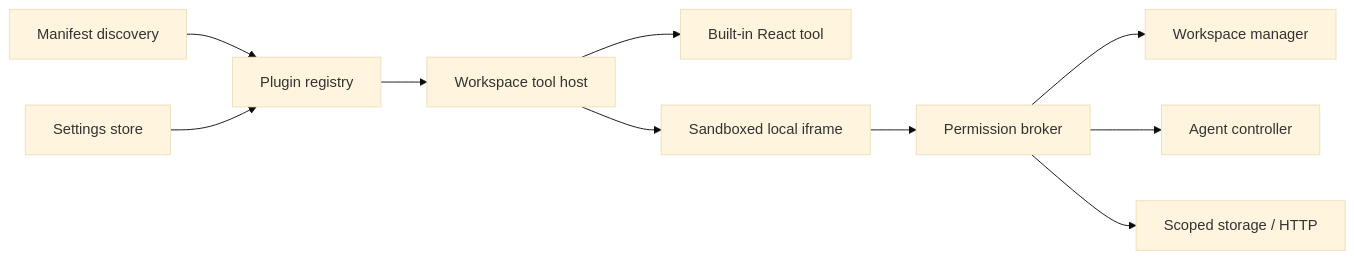
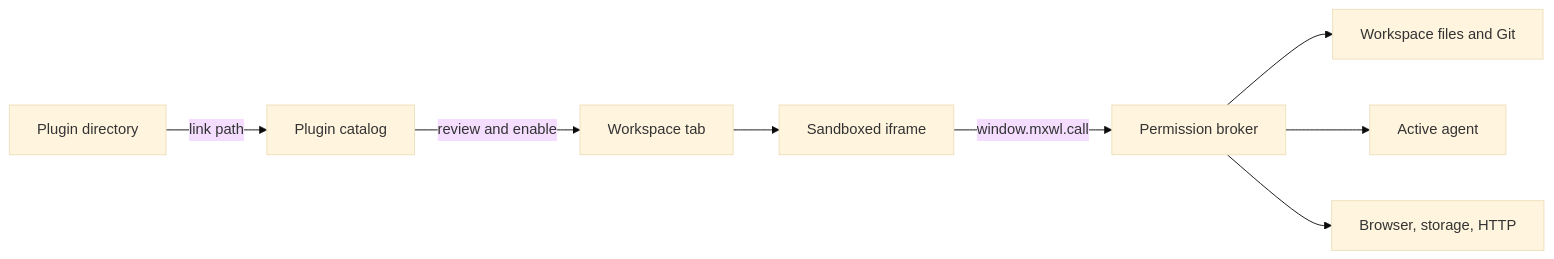
Before and after one commit to KerryRitter/mxwl-editor: the diagram in docs/plugins.md, drawn with Mermaid (base theme). The commit also changed other lines of this file and 22 other files, not shown here.

````diff
--- a/docs/plugins.md
+++ b/docs/plugins.md
@@ -170,12 +51,10 @@
 ```mermaid
 flowchart LR
-    M[Manifest discovery] --> R[Plugin registry]
-    S[Settings store] --> R
-    R --> H[Workspace tool host]
-    H --> B[Built-in React tool]
-    H --> I[Sandboxed local iframe]
-    I --> P[Permission broker]
-    P --> W[Workspace manager]
-    P --> A[Agent controller]
-    P --> N[Scoped storage / HTTP]
+    D[Plugin directory] -->|link path| C[Plugin catalog]
+    C -->|review and enable| T[Workspace tab]
+    T --> I[Sandboxed iframe]
+    I -->|window.mxwl.call| B[Permission broker]
+    B --> W[Workspace files and Git]
+    B --> A[Active agent]
+    B --> R[Browser, storage, HTTP]
 ```
````
